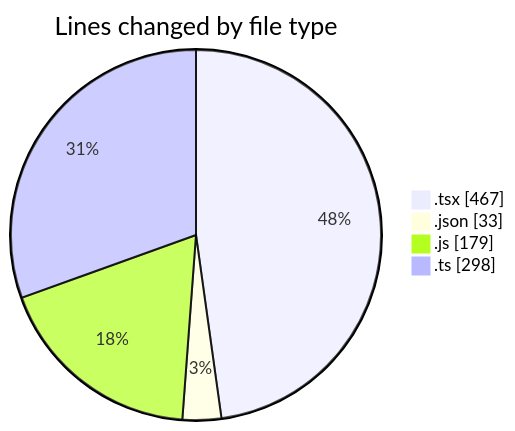
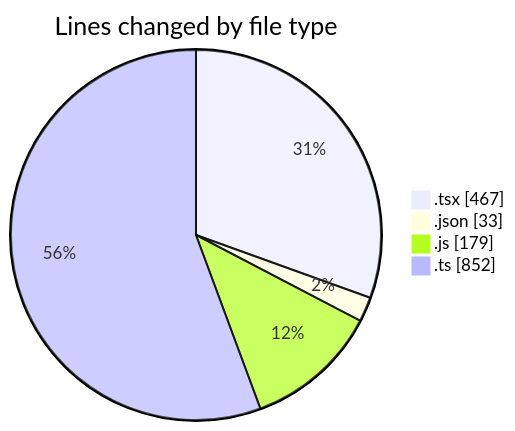
One commit to robertbonfada/code-tracking changed the first of 2 diagrams in 2025-01-28/mbc-web/README.md. Above: the diagram before and after it, drawn with Mermaid. The commit also changed other lines of this file and 1 other file, not shown here.

````diff
--- a/2025-01-28/mbc-web/README.md
+++ b/2025-01-28/mbc-web/README.md
@@ -24,8 +24,8 @@
 ```mermaid
 pie showData
 title Lines changed by file type
 ".tsx" : 467
 ".json" : 33
 ".js" : 179
-".ts" : 298
+".ts" : 852
 ```
````
